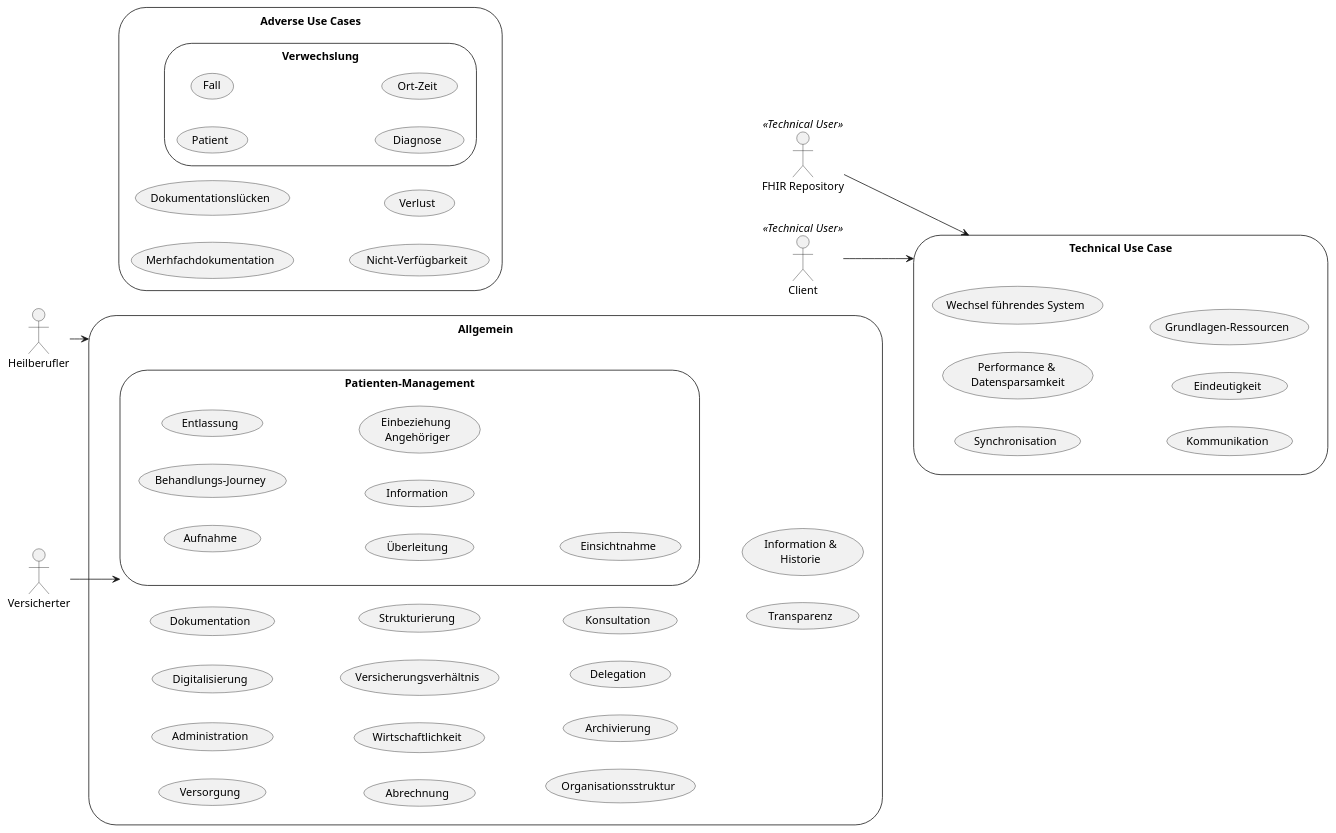
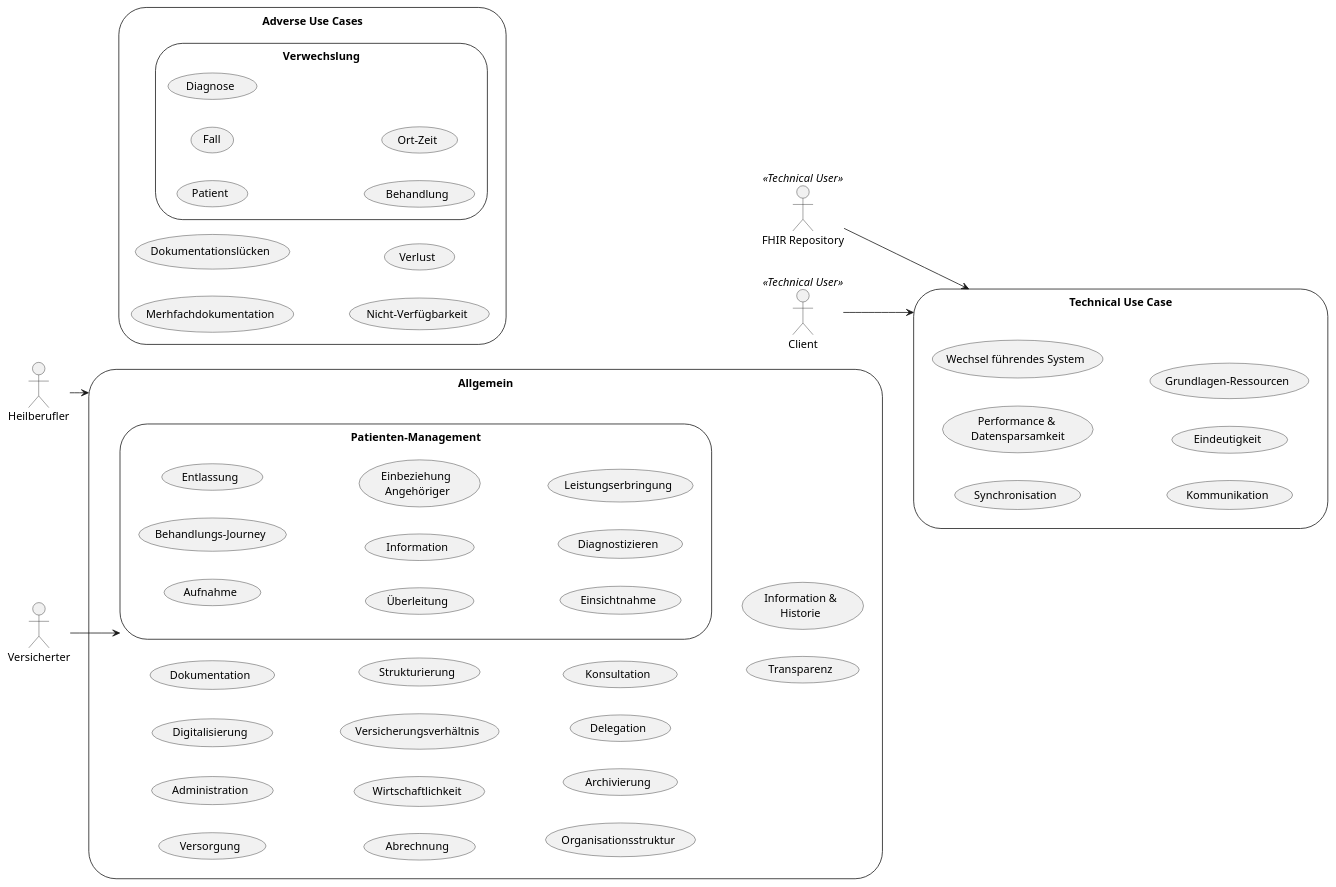
The diagram in Material/images/src/plantuml/usecases.puml (gematik/spec-ISiK-Basismodul), drawn with PlantUML before and after one commit. The commit also changed 1 other file, not shown here.

```diff
--- a/Material/images/src/plantuml/usecases.puml
+++ b/Material/images/src/plantuml/usecases.puml
@@ -15,70 +15,73 @@
 @startuml usecases
 left to right direction
 'skinparam packageStyle cloud
 'skinparam linetype ortho
 
 'actor :FHIR Repository: as DB << Application >>
 actor :Heilberufler:
 actor :Versicherter:
 :FHIR Repository: as FhirRepo << Technical User >>
 :Client: as Client << Technical User >>
 
 storage gnrlUC as "Allgemein" {
     (Versorgung)
     (Administration)
     (Digitalisierung)
     (Dokumentation)
     (Abrechnung)
     (Wirtschaftlichkeit)
     (Versicherungsverhältnis)
     (Strukturierung)
     (Organisationsstruktur)
     (Archivierung)
     (Delegation)
     (Konsultation)
     (Transparenz)
     (Information &\nHistorie)
     storage patientUC as "Patienten-Management"{
         (Aufnahme) 
         (Behandlungs-Journey)
         (Entlassung)
         (Überleitung)
         (Information)
         (Einbeziehung \nAngehöriger)
         (Einsichtnahme)
+        (Diagnostizieren)
+        (Leistungserbringung)
     }
 }
 
 storage adverseUC as "Adverse Use Cases" {
     storage (Verwechslung){
         (Patient)
         (Fall)
         (Diagnose)
+        (Behandlung)
         (Ort-Zeit)
     }
     (Merhfachdokumentation)
     (Dokumentationslücken)
     (Nicht-Verfügbarkeit)
     (Verlust)
 }
 
 storage techUC as "Technical Use Case" {
     (Synchronisation)
     (Performance & \nDatensparsamkeit)
     (Wechsel führendes System)
     (Kommunikation)
     (Eindeutigkeit)
     (Grundlagen-Ressourcen)
 }
 
 
 
 Heilberufler --> gnrlUC
 Versicherter --> patientUC
 
 FhirRepo --> techUC
 Client --> techUC
 
 'fncts --> adverseUC : mitigates
 'fncts --> gnrlUC : enables
 @enduml
```
